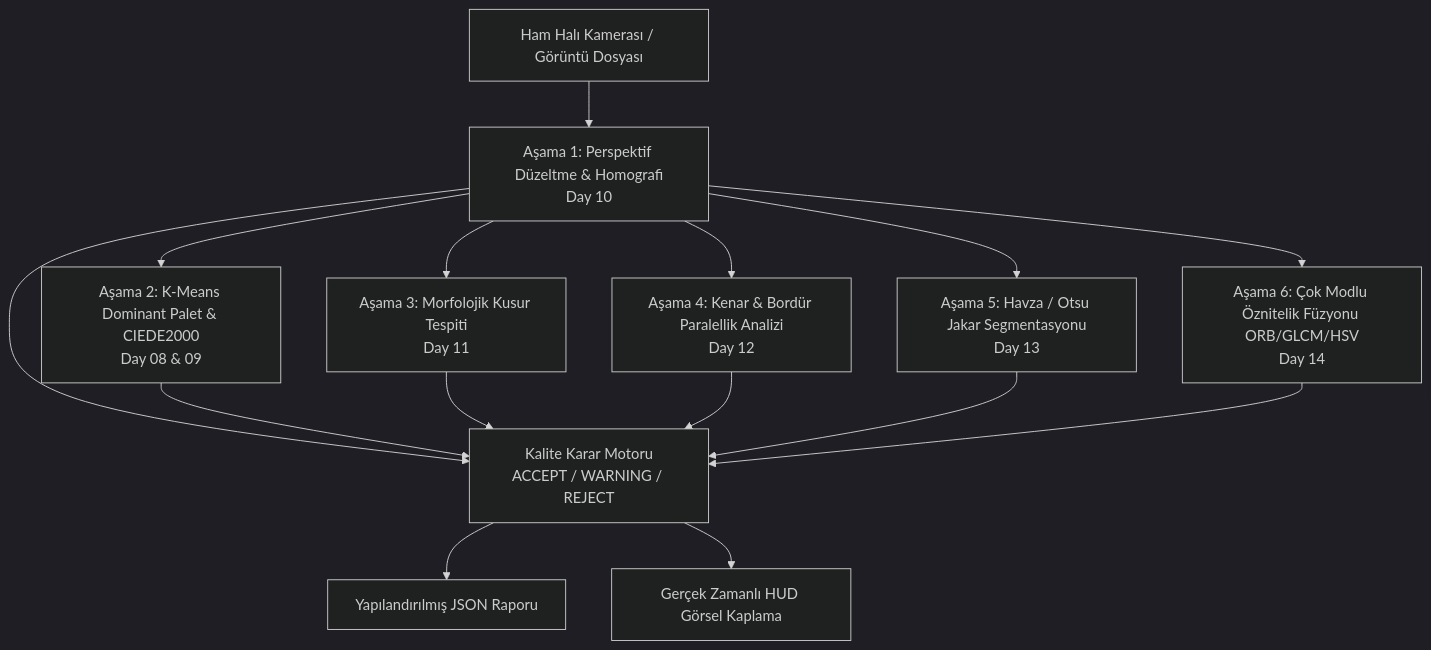
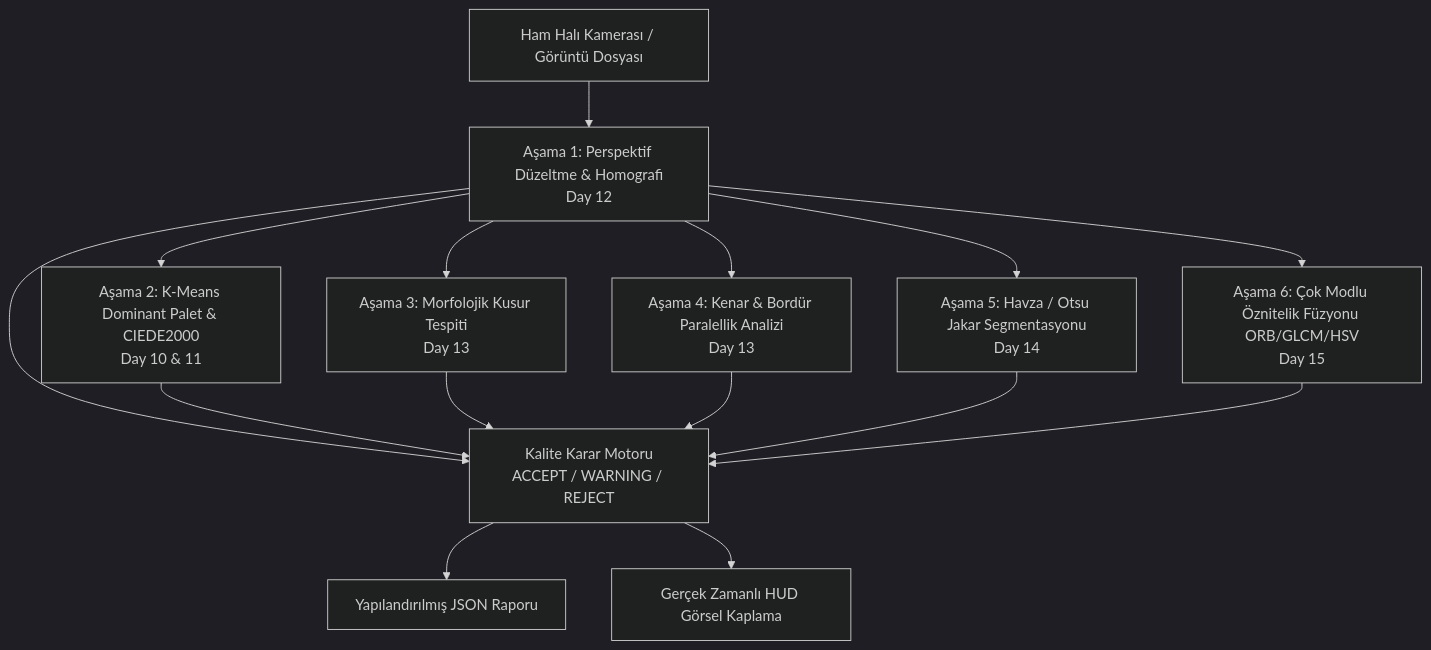
The diagram in day15/mini_project/README.md (seydivakkas/merinos-industrial-ai-internship), drawn with Mermaid (dark theme) before and after one commit. The commit also changed other lines of this file and 243 other files, not shown here.

````diff
--- a/day15/mini_project/README.md
+++ b/day15/mini_project/README.md
@@ -17,13 +17,13 @@
 ```mermaid
 flowchart TD
-    Raw[Ham Halı Kamerası / Görüntü Dosyası] --> S1[Aşama 1: Perspektif Düzeltme & Homografi\nDay 10]
-    S1 --> S2[Aşama 2: K-Means Dominant Palet & CIEDE2000\nDay 08 & 09]
-    S1 --> S3[Aşama 3: Morfolojik Kusur Tespiti\nDay 11]
-    S1 --> S4[Aşama 4: Kenar & Bordür Paralellik Analizi\nDay 12]
-    S1 --> S5[Aşama 5: Havza / Otsu Jakar Segmentasyonu\nDay 13]
-    S1 --> S6[Aşama 6: Çok Modlu Öznitelik Füzyonu ORB/GLCM/HSV\nDay 14]
+    Raw[Ham Halı Kamerası / Görüntü Dosyası] --> S1[Aşama 1: Perspektif Düzeltme & Homografi\nDay 12]
+    S1 --> S2[Aşama 2: K-Means Dominant Palet & CIEDE2000\nDay 10 & 11]
+    S1 --> S3[Aşama 3: Morfolojik Kusur Tespiti\nDay 13]
+    S1 --> S4[Aşama 4: Kenar & Bordür Paralellik Analizi\nDay 13]
+    S1 --> S5[Aşama 5: Havza / Otsu Jakar Segmentasyonu\nDay 14]
+    S1 --> S6[Aşama 6: Çok Modlu Öznitelik Füzyonu ORB/GLCM/HSV\nDay 15]
     
     S1 & S2 & S3 & S4 & S5 & S6 --> VerdictEngine[Kalite Karar Motoru\nACCEPT / WARNING / REJECT]
     VerdictEngine --> Report[Yapılandırılmış JSON Raporu]
     VerdictEngine --> HUD[Gerçek Zamanlı HUD Görsel Kaplama]
 ```
````
